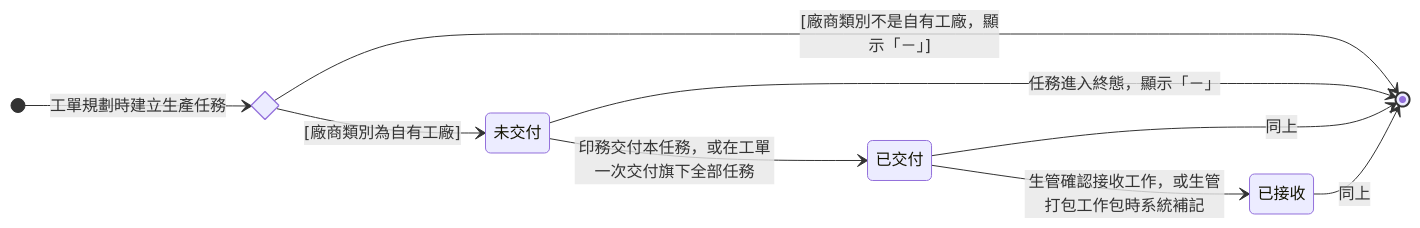
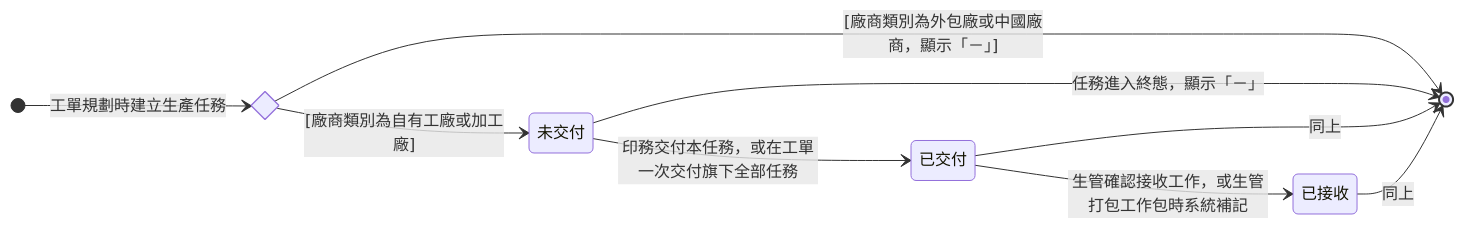
One commit to Kawato-Miles/erp-spec changed the diagram in memory/Sens_wiki/wiki/erp/06-state-machines/生產任務交付狀態.md. Above: the diagram before and after it, drawn with Mermaid. The commit also changed other lines of this file and 62 other files, not shown here.

````diff
--- a/memory/Sens_wiki/wiki/erp/06-state-machines/生產任務交付狀態.md
+++ b/memory/Sens_wiki/wiki/erp/06-state-machines/生產任務交付狀態.md
@@ -49,20 +50,20 @@
 ```mermaid
 stateDiagram-v2
     direction LR
 
     state c_init <<choice>>
     [*] --> c_init : 工單規劃時建立生產任務
 
     state "未交付" as d_none
     state "已交付" as d_delivered
     state "已接收" as d_received
 
-    c_init --> d_none : [廠商類別為自有工廠]
-    c_init --> [*] : [廠商類別不是自有工廠，顯示「－」]
+    c_init --> d_none : [廠商類別為自有工廠或加工廠]
+    c_init --> [*] : [廠商類別為外包廠或中國廠商，顯示「－」]
     d_none --> d_delivered : 印務交付本任務，或在工單一次交付旗下全部任務
     d_delivered --> d_received : 生管確認接收工作，或生管打包工作包時系統補記
 
     d_none --> [*] : 任務進入終態，顯示「－」
     d_delivered --> [*] : 同上
     d_received --> [*] : 同上
 ```
````
